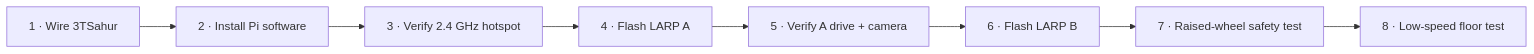
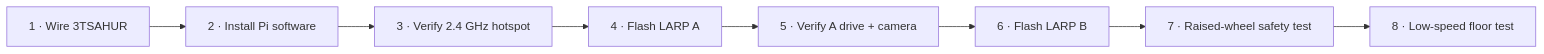
Before and after one commit to william-thompsonthe1st/STEM-Research-Academy: the first of 9 diagrams in README.md, drawn with Mermaid. The commit also changed other lines of this file, not shown here.

Commit message:
docs: add 3TSAHUR and LARP mission naming

````diff
--- a/README.md
+++ b/README.md
@@ -18,10 +27,10 @@
 ```mermaid
 flowchart LR
-    A["1 · Wire 3TSahur"] --> B["2 · Install Pi software"]
+    A["1 · Wire 3TSAHUR"] --> B["2 · Install Pi software"]
     B --> C["3 · Verify 2.4 GHz hotspot"]
     C --> D["4 · Flash LARP A"]
     D --> E["5 · Verify A drive + camera"]
     E --> F["6 · Flash LARP B"]
     F --> G["7 · Raised-wheel safety test"]
     G --> H["8 · Low-speed floor test"]
 ```
````
